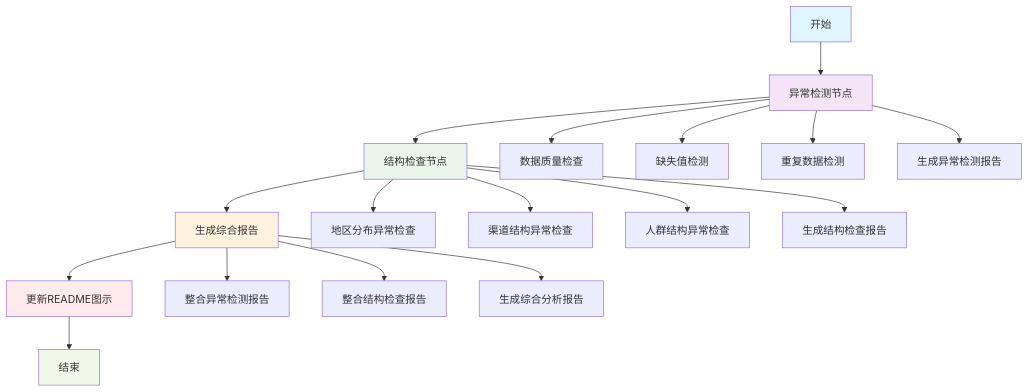
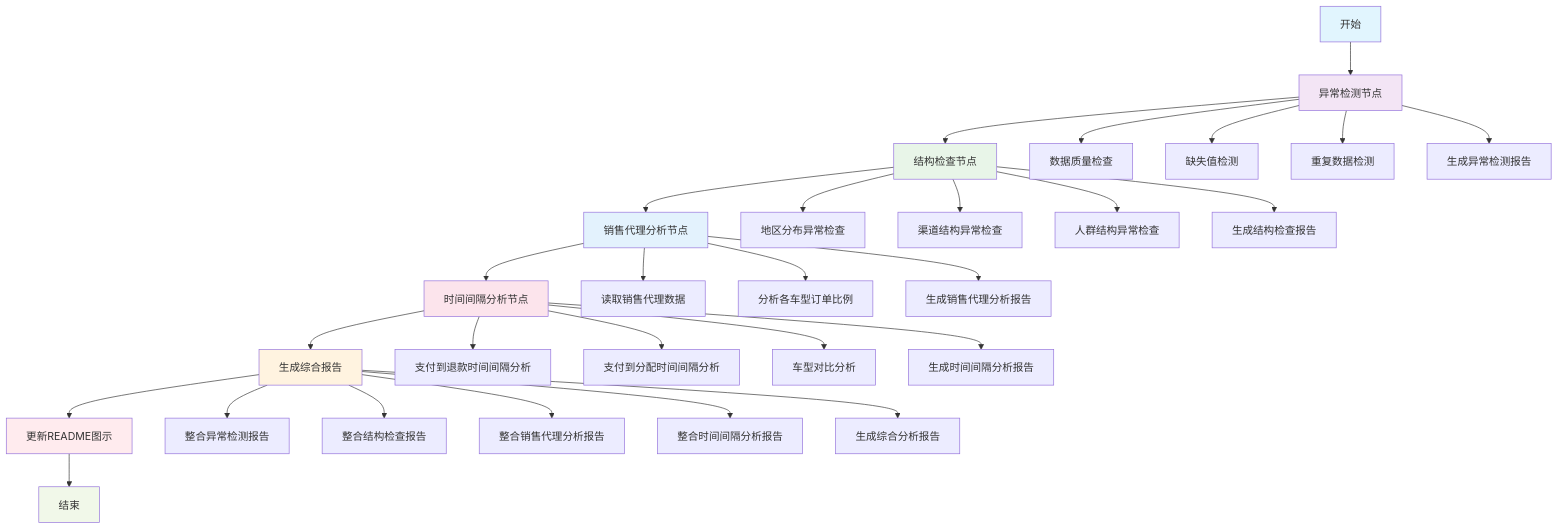
The diagram in README.md (zhangzihaoDT/workflow), drawn with Mermaid before and after one commit. The commit also changed other lines of this file and 10 other files, not shown here.

````diff
--- a/README.md
+++ b/README.md
@@ -5,29 +5,44 @@
 ```mermaid
 flowchart TD
     A[开始] --> B[异常检测节点]
     B --> C[结构检查节点]
-    C --> D[生成综合报告]
+    C --> G[销售代理分析节点]
+    G --> H[时间间隔分析节点]
+    H --> D[生成综合报告]
     D --> E[更新README图示]
     E --> F[结束]
     
     B --> B1[数据质量检查]
     B --> B2[缺失值检测]
     B --> B3[重复数据检测]
     B --> B4[生成异常检测报告]
     
     C --> C1[地区分布异常检查]
     C --> C2[渠道结构异常检查]
     C --> C3[人群结构异常检查]
     C --> C4[生成结构检查报告]
     
+    G --> G1[读取销售代理数据]
+    G --> G2[分析各车型订单比例]
+    G --> G3[生成销售代理分析报告]
+    
+    H --> H1[支付到退款时间间隔分析]
+    H --> H2[支付到分配时间间隔分析]
+    H --> H3[车型对比分析]
+    H --> H4[生成时间间隔分析报告]
+    
     D --> D1[整合异常检测报告]
     D --> D2[整合结构检查报告]
-    D --> D3[生成综合分析报告]
+    D --> D3[整合销售代理分析报告]
+    D --> D4[整合时间间隔分析报告]
+    D --> D5[生成综合分析报告]
     
     style A fill:#e1f5fe
     style B fill:#f3e5f5
     style C fill:#e8f5e8
+    style G fill:#e3f2fd
+    style H fill:#fce4ec
     style D fill:#fff3e0
     style E fill:#ffebee
     style F fill:#f1f8e9
 ```
````
